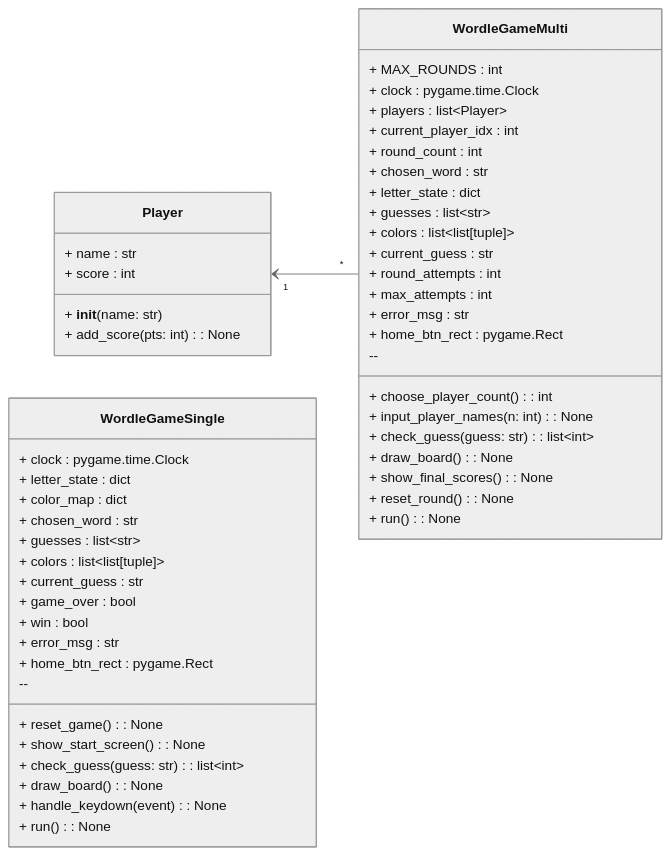
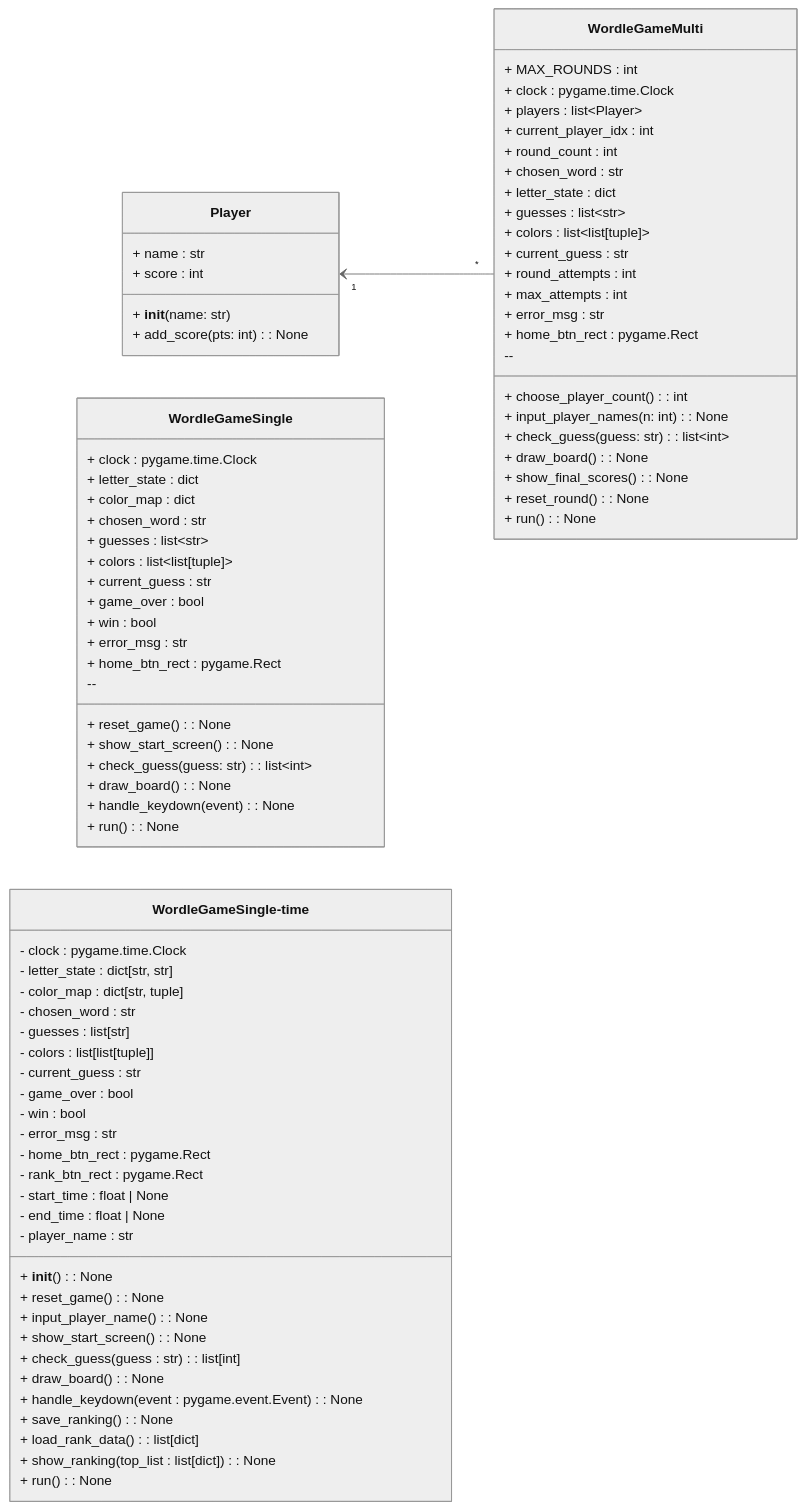
Before and after one commit to weiouo-0817/oop-2025-proj-wordle: the diagram in classdiagram.md, drawn with Mermaid (neutral theme). The commit also changed other lines of this file and 4 other files, not shown here.

Commit message:
Update .gitignore, README, and class diagram; add single time trial mode

````diff
--- a/classdiagram.md
+++ b/classdiagram.md
@@ -57,6 +57,35 @@
         + handle_keydown(event) : None
         + run() : None
     }
-
+    class WordleGameSingle-time {
+        %% === 屬性 ===
+        - clock : pygame.time.Clock
+        - letter_state : dict[str, str]
+        - color_map : dict[str, tuple]
+        - chosen_word : str
+        - guesses : list[str]
+        - colors : list[list[tuple]]
+        - current_guess : str
+        - game_over : bool
+        - win : bool
+        - error_msg : str
+        - home_btn_rect : pygame.Rect
+        - rank_btn_rect : pygame.Rect
+        - start_time : float | None
+        - end_time : float | None
+        - player_name : str
+        %% === 公開方法 ===
+        + __init__() : None
+        + reset_game() : None
+        + input_player_name() : None
+        + show_start_screen() : None
+        + check_guess(guess : str) : list[int]
+        + draw_board() : None
+        + handle_keydown(event : pygame.event.Event) : None
+        + save_ranking() : None
+        + load_rank_data() : list[dict]
+        + show_ranking(top_list : list[dict]) : None
+        + run() : None
+    }
 Player "1" <-- "*" WordleGameMulti
 ```
````
